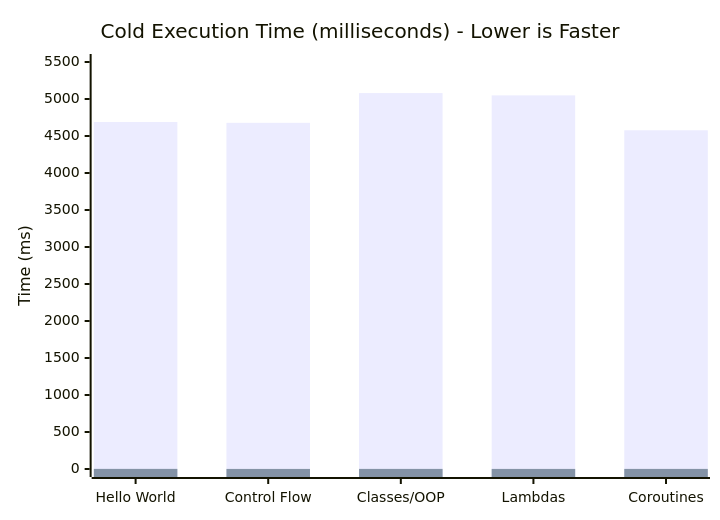
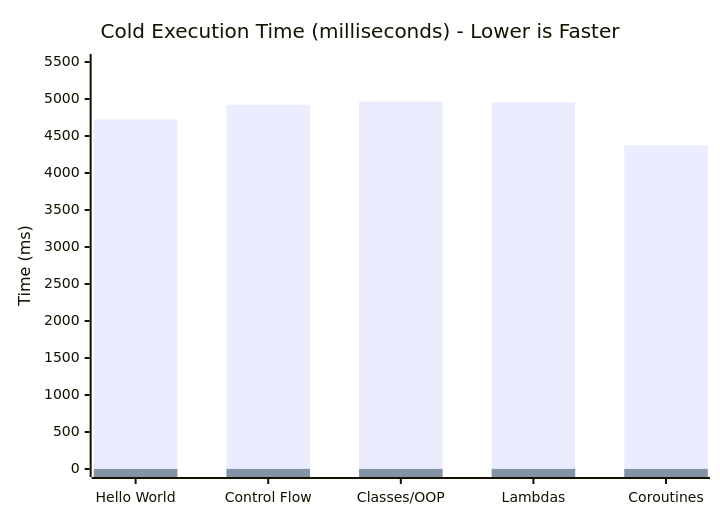
Before and after one commit to babar-xagi/kotlin3: the diagram in COMPARISON.md, drawn with Mermaid. The commit also changed other lines of this file and 12 other files, not shown here.

````diff
--- a/COMPARISON.md
+++ b/COMPARISON.md
@@ -30,8 +30,8 @@
 ```mermaid
 xychart-beta
     title "Cold Execution Time (milliseconds) - Lower is Faster"
     x-axis ["Hello World", "Control Flow", "Classes/OOP", "Lambdas", "Coroutines"]
     y-axis "Time (ms)" 0 --> 5500
-    bar [4689, 4678, 5080, 5049, 4577]
-    bar [1.6, 1.1, 1.4, 1.2, 1.3]
+    bar [4722, 4922, 4965, 4955, 4373]
+    bar [1.6, 1.7, 1.5, 1.5, 1.4]
 ```
````
